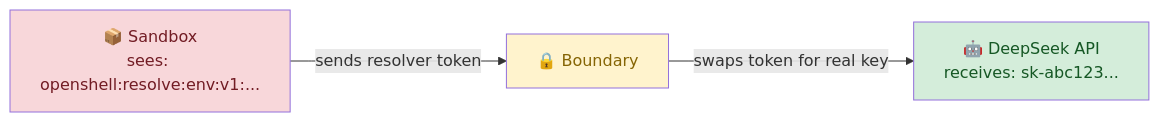
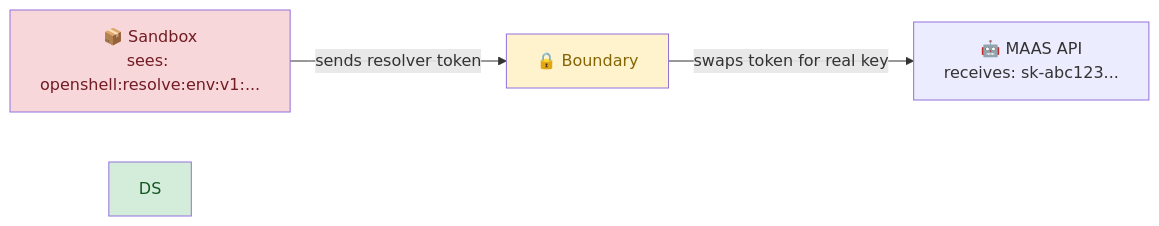
Before and after one commit to avijra/openshell-ztm-lab: the fifth of 6 diagrams in docs/1-architecture/README.md, drawn with Mermaid. The commit also changed other lines of this file and 11 other files, not shown here.

First line of the commit message:
refactor: make MAAS the default LLM provider, DeepSeek optional

````diff
--- a/docs/1-architecture/README.md
+++ b/docs/1-architecture/README.md
@@ -125,10 +125,10 @@
 ```mermaid
 graph LR
     SB["📦 Sandbox<br/>sees: openshell:resolve:env:v1:..."]
     SB -->|"sends resolver token"| BND["🔒 Boundary"]
-    BND -->|"swaps token for real key"| DS["🤖 DeepSeek API<br/>receives: sk-abc123..."]
+    BND -->|"swaps token for real key"| MAAS["🤖 MAAS API<br/>receives: sk-abc123..."]
 
     style SB fill:#f8d7da,color:#721c24
     style BND fill:#fff3cd,color:#856404
     style DS fill:#d4edda,color:#155724
 ```
````
